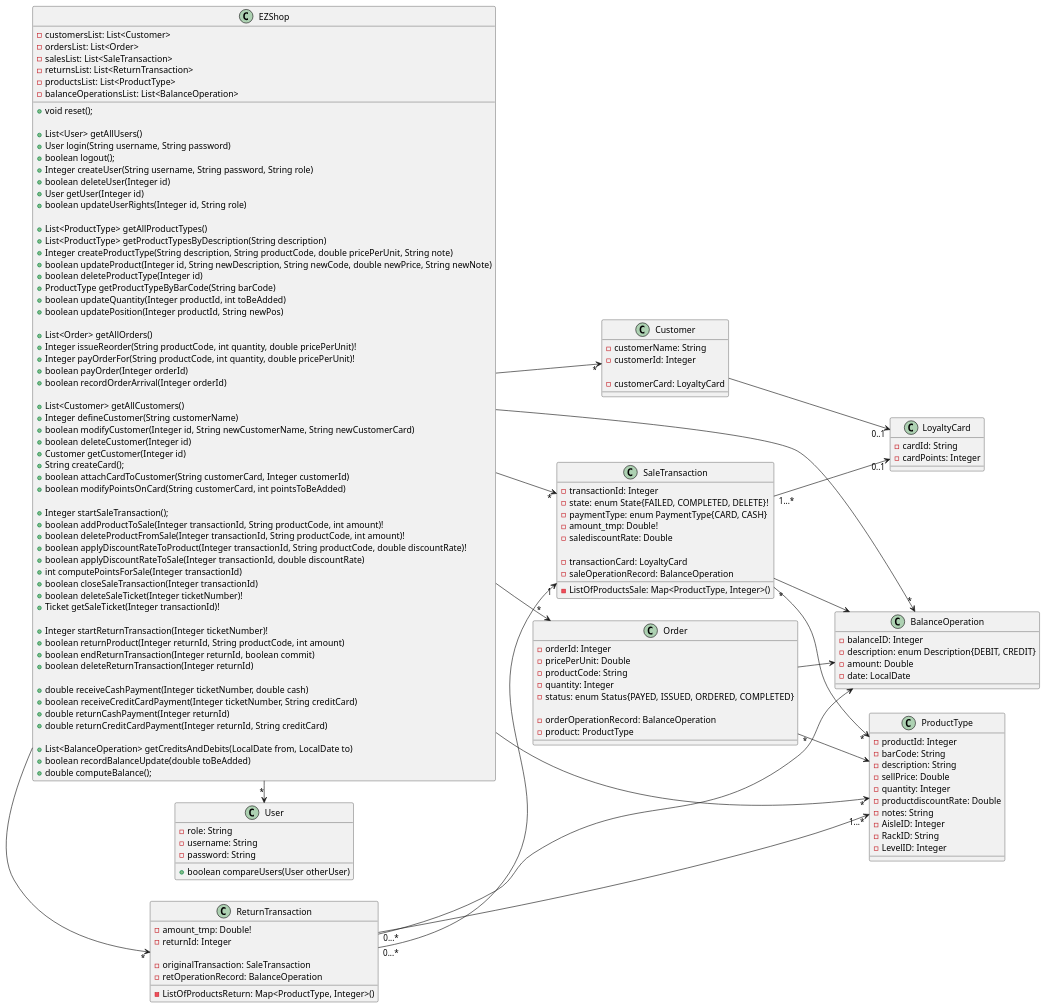
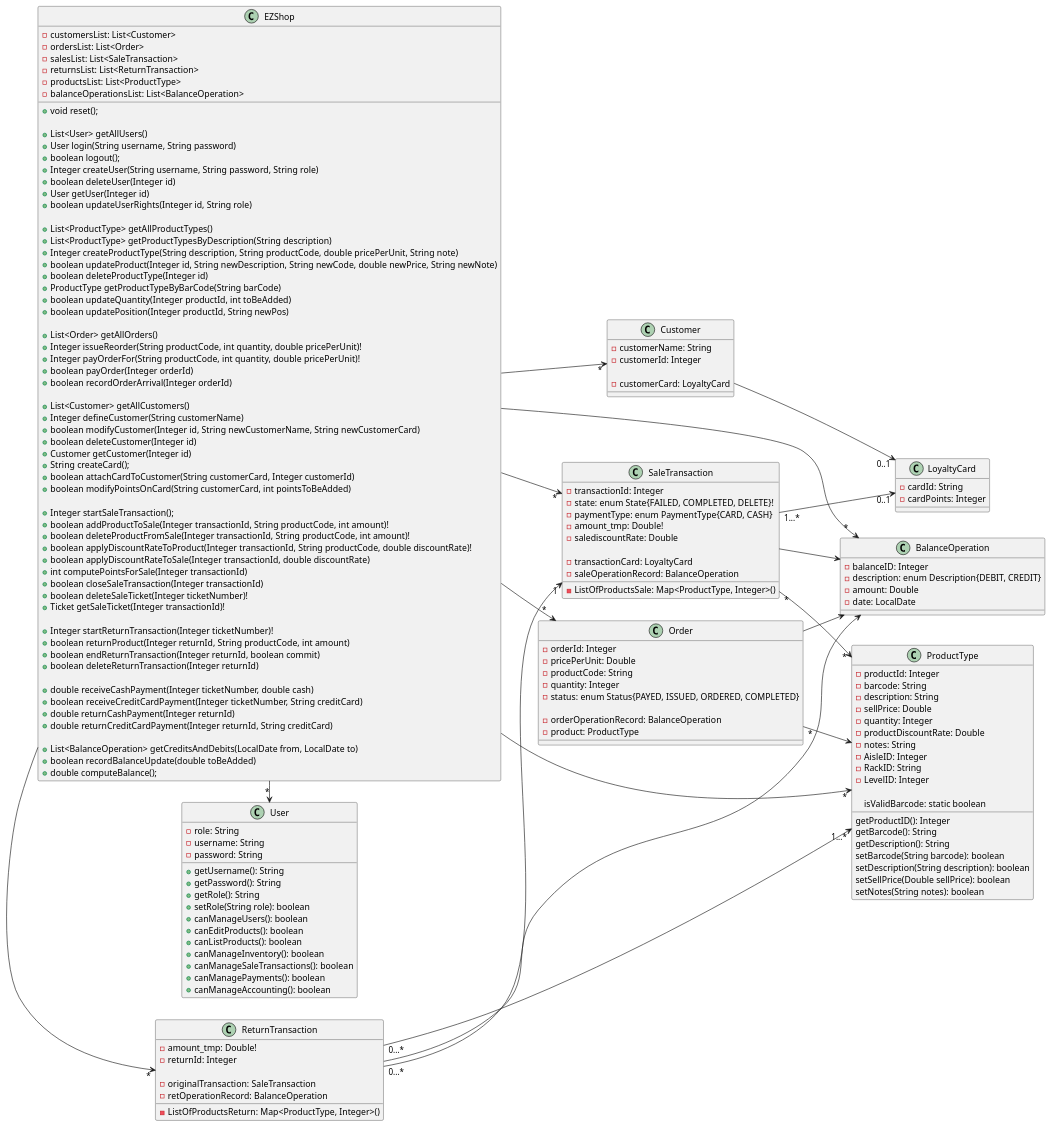
One commit to gioele-scaletta/EZShop-Software-Engineering-Project changed the diagram in Deliverables/DesignDocument.md. Above: the diagram before and after it, drawn with PlantUML.

Commit message:
Update User and ProductType classes in design UML

```diff
--- a/Deliverables/DesignDocument.md
+++ b/Deliverables/DesignDocument.md
@@ -115,21 +115,41 @@
     -username: String
     -password: String
 
-    +boolean compareUsers(User otherUser)
+    +getUsername(): String
+    +getPassword(): String
+    +getRole(): String
+    +setRole(String role): boolean
+    +canManageUsers(): boolean
+    +canEditProducts(): boolean
+    +canListProducts(): boolean
+    +canManageInventory(): boolean
+    +canManageSaleTransactions(): boolean
+    +canManagePayments(): boolean
+    +canManageAccounting(): boolean
+
 }
 
 
 class ProductType{
     -productId: Integer
-    -barCode: String
+    -barcode: String
     -description: String
     -sellPrice: Double
     -quantity: Integer
-    -productdiscountRate: Double
+    -productDiscountRate: Double
     -notes: String
     -AisleID: Integer
     -RackID: String
     -LevelID: Integer
+
+    isValidBarcode: static boolean
+    getProductID(): Integer
+    getBarcode(): String
+    getDescription(): String
+    setBarcode(String barcode): boolean
+    setDescription(String description): boolean
+    setSellPrice(Double sellPrice): boolean
+    setNotes(String notes): boolean
 }
 
 
```
